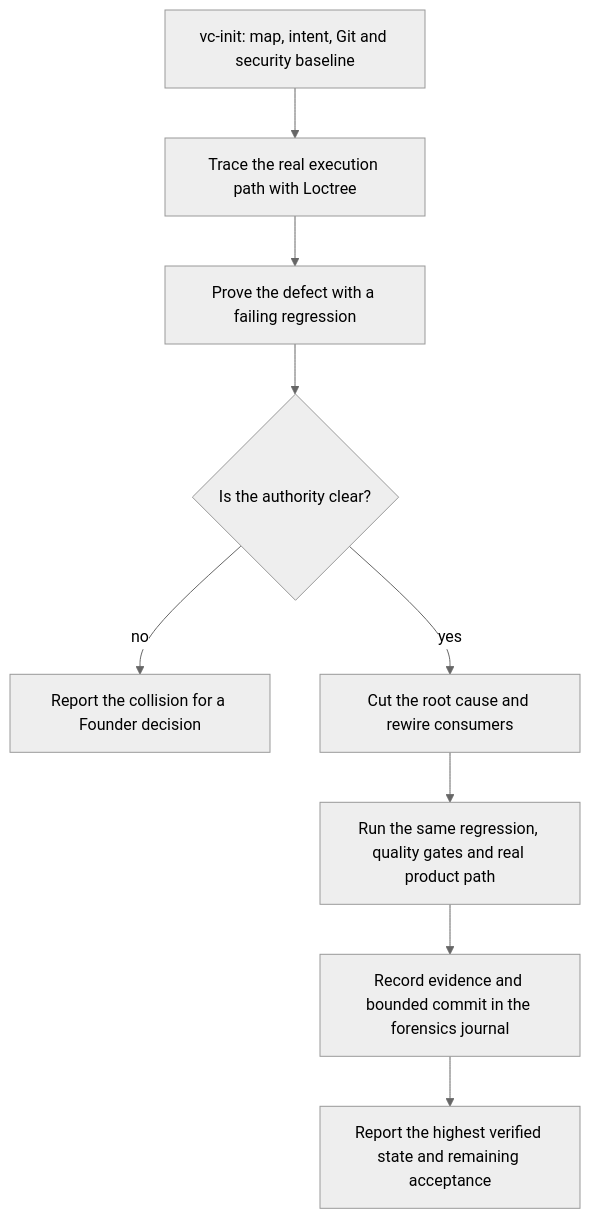
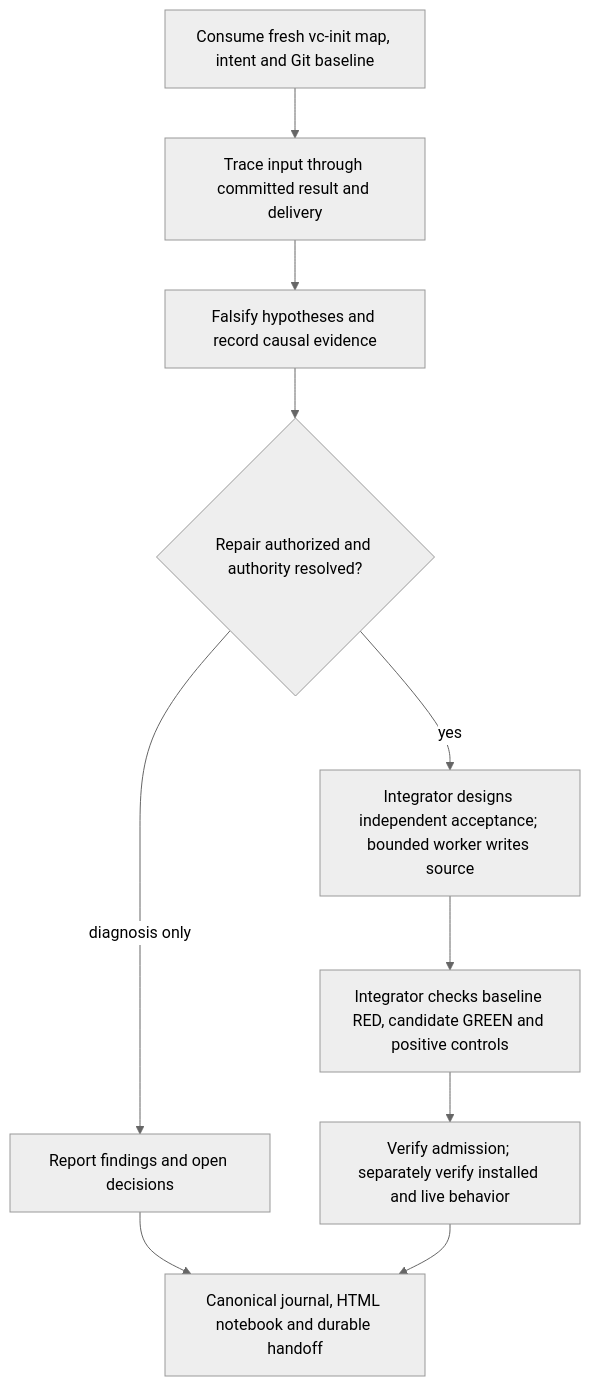
The diagram in vibecrafted-core/vibecrafted_core/skills/pl/vc-forensics/FLOW.md (vetcoders/vibecrafted), drawn with Mermaid (neutral theme) before and after one commit. The commit also changed other lines of this file and 17 other files, not shown here.

First line of the commit message:
[codex/interactive] feat(forensics): add independent proof protocol and offline notebook

````diff
--- a/vibecrafted-core/vibecrafted_core/skills/pl/vc-forensics/FLOW.md
+++ b/vibecrafted-core/vibecrafted_core/skills/pl/vc-forensics/FLOW.md
@@ -5,11 +3,12 @@
 ```mermaid
 flowchart TD
-    A[vc-init: map, intent, Git and security baseline] --> B[Trace the real execution path with Loctree]
-    B --> C[Prove the defect with a failing regression]
-    C --> D{Is the authority clear?}
-    D -->|no| E[Report the collision for a Founder decision]
-    D -->|yes| F[Cut the root cause and rewire consumers]
-    F --> G[Run the same regression, quality gates and real product path]
-    G --> H[Record evidence and bounded commit in the forensics journal]
-    H --> I[Report the highest verified state and remaining acceptance]
+    A[Consume fresh vc-init map, intent and Git baseline] --> B[Trace input through committed result and delivery]
+    B --> C[Falsify hypotheses and record causal evidence]
+    C --> D{Repair authorized and authority resolved?}
+    D -->|diagnosis only| E[Report findings and open decisions]
+    D -->|yes| F[Integrator designs independent acceptance; bounded worker writes source]
+    F --> G[Integrator checks baseline RED, candidate GREEN and positive controls]
+    G --> H[Verify admission; separately verify installed and live behavior]
+    E --> I[Canonical journal, HTML notebook and durable handoff]
+    H --> I
 ```
````
